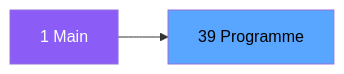
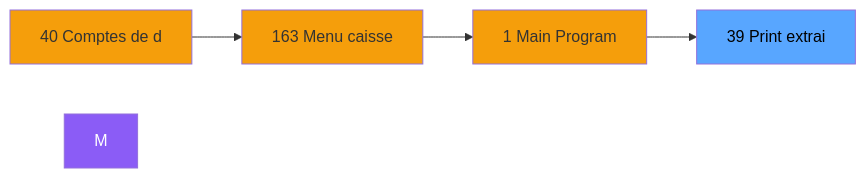
One commit to thonyAGP/magic-migration changed the second of 3 diagrams in .openspec/specs/ADH-IDE-39.md. Above: the diagram before and after it, drawn with Mermaid. The commit also changed other lines of this file and 323 other files, not shown here.

````diff
--- a/.openspec/specs/ADH-IDE-39.md
+++ b/.openspec/specs/ADH-IDE-39.md
@@ -104,8 +118,15 @@
 ```mermaid
 graph LR
-    M[1 Main]
-    T[39 Programme]
-    M --> T
+    N40[40 Comptes de d]
+    N163[163 Menu caisse ]
+    N1[1 Main Program]
+    T[39 Print extrai]
+    N40 --> N163
+    N163 --> N1
+    N1 --> T
     style M fill:#8b5cf6,color:#fff
+    style N40 fill:#f59e0b
+    style N163 fill:#f59e0b
+    style N1 fill:#f59e0b
     style T fill:#58a6ff,color:#000
 ```
````
